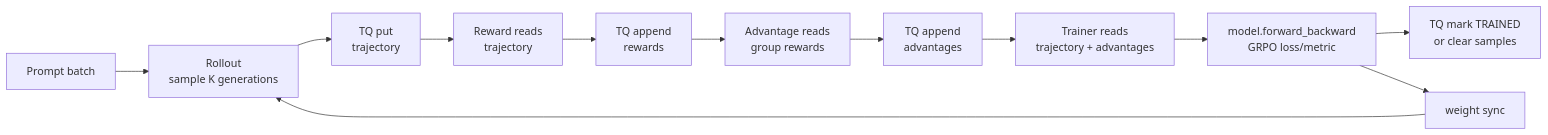
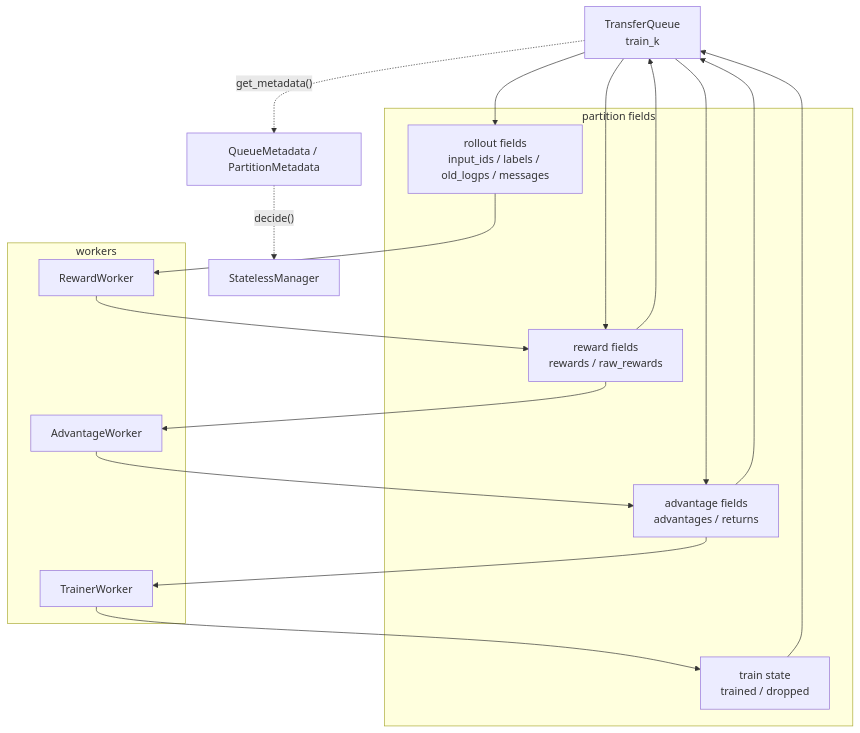
Before and after one commit to meichangsu1/twinkle: the fourth of 7 diagrams in docs/source_zh/组件/Gym/Async-Agentic-RL-Spec-v2.md, drawn with Mermaid. The commit also changed other lines of this file, not shown here.

````diff
--- a/docs/source_zh/组件/Gym/Async-Agentic-RL-Spec-v2.md
+++ b/docs/source_zh/组件/Gym/Async-Agentic-RL-Spec-v2.md
@@ -671,18 +243,35 @@
 ```mermaid
-flowchart LR
-    P["Prompt batch"] --> R["Rollout<br/>sample K generations"]
-    R --> PutRollout["TQ put<br/>trajectory"]
+flowchart TB
+    TQ["TransferQueue<br/>train_k"]
 
-    PutRollout --> GetReward["Reward reads<br/>trajectory"]
-    GetReward --> PutReward["TQ append<br/>rewards"]
+    subgraph Fields["partition fields"]
+        F1["rollout fields<br/>input_ids / labels / old_logps / messages"]
+        F2["reward fields<br/>rewards / raw_rewards"]
+        F3["advantage fields<br/>advantages / returns"]
+        F4["train state<br/>trained / dropped"]
+    end
 
-    PutReward --> GetAdv["Advantage reads<br/>group rewards"]
-    GetAdv --> PutAdv["TQ append<br/>advantages"]
+    subgraph Workers["workers"]
+        RW["RewardWorker"]
+        AW["AdvantageWorker"]
+        TW["TrainerWorker"]
+    end
 
-    PutAdv --> GetTrain["Trainer reads<br/>trajectory + advantages"]
-    GetTrain --> Train["model.forward_backward<br/>GRPO loss/metric"]
-    Train --> Mark["TQ mark TRAINED<br/>or clear samples"]
+    TQ --> F1
+    F1 --> RW
+    RW --> F2
+    F2 --> TQ
 
-    Train --> Sync["weight sync"]
-    Sync --> R
+    TQ --> F2
+    F2 --> AW
+    AW --> F3
+    F3 --> TQ
+
+    TQ --> F3
+    F3 --> TW
+    TW --> F4
+    F4 --> TQ
+
+    TQ -. "get_metadata()" .-> Meta["QueueMetadata / PartitionMetadata"]
+    Meta -. "decide()" .-> Manager["StatelessManager"]
 ```
````
